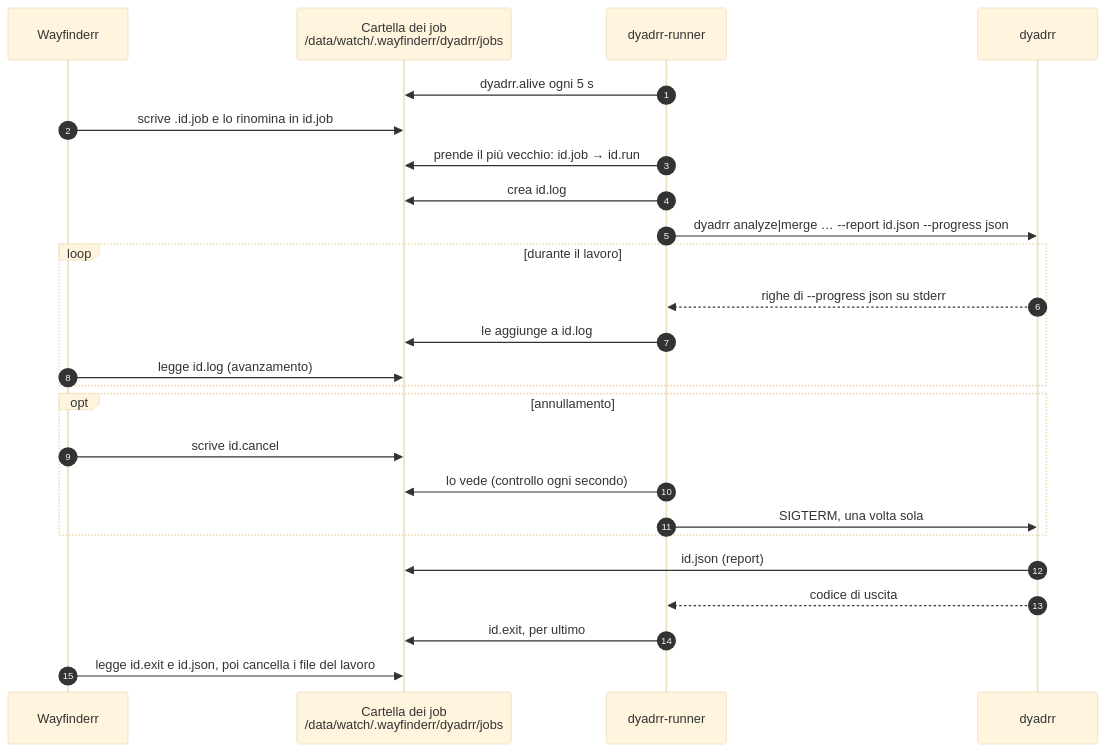
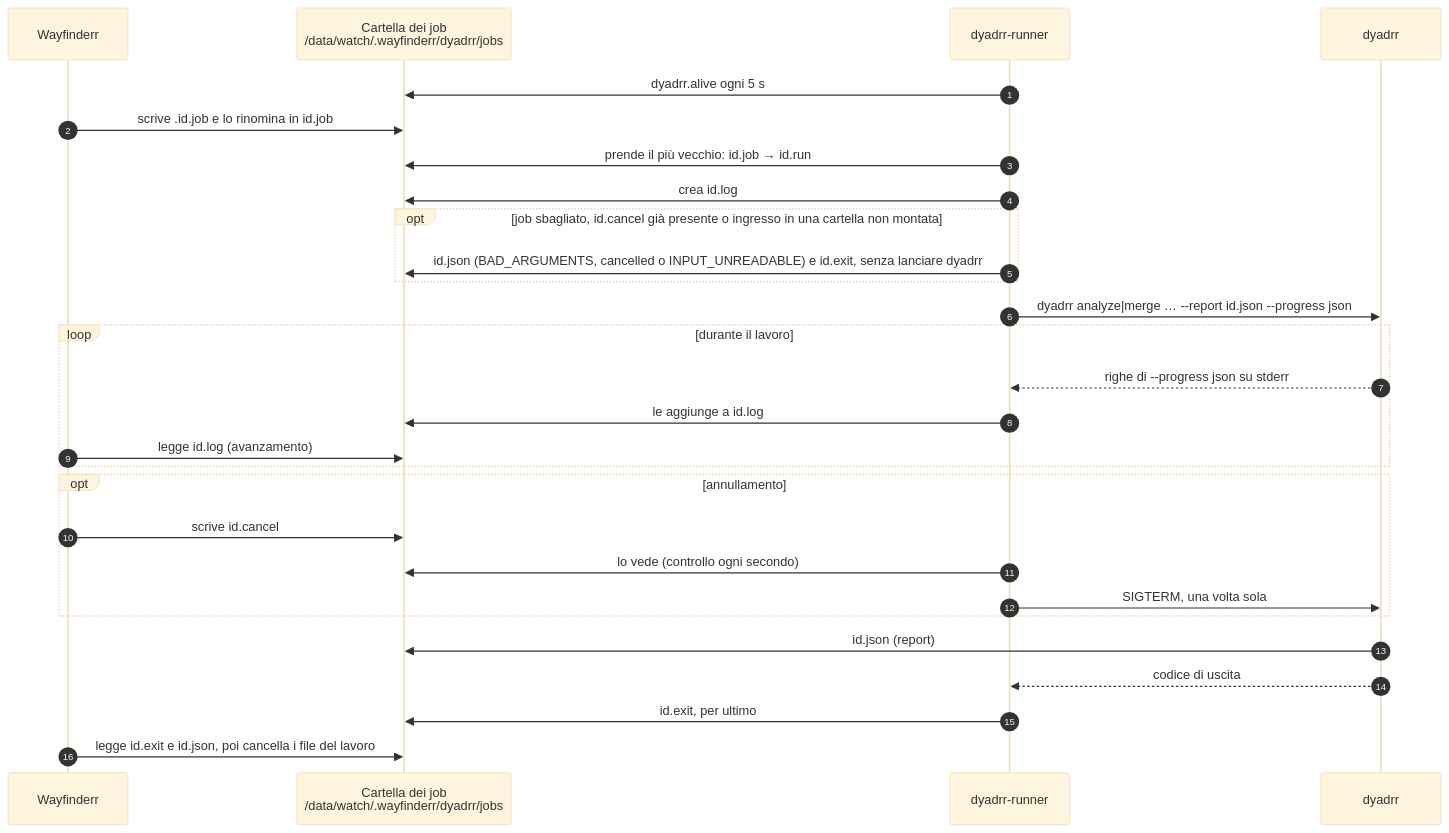
The diagram in docs/diagrams/wayfinderr.mmd (TehMaat/dyadrr), drawn with Mermaid (base theme) before and after one commit. The commit also changed 12 other files, not shown here.

```diff
--- a/docs/diagrams/wayfinderr.mmd
+++ b/docs/diagrams/wayfinderr.mmd
@@ -1,26 +1,29 @@
 %% Un lavoro tra Wayfinderr e il runner (CONTAINER.md, studio §14.1).
 sequenceDiagram
   autonumber
   participant W as Wayfinderr
   participant J as Cartella dei job<br/>/data/watch/.wayfinderr/dyadrr/jobs
   participant R as dyadrr-runner
   participant D as dyadrr
   R->>J: dyadrr.alive ogni 5 s
   W->>J: scrive .id.job e lo rinomina in id.job
   R->>J: prende il più vecchio: id.job → id.run
   R->>J: crea id.log
+  opt job sbagliato, id.cancel già presente o ingresso in una cartella non montata
+    R->>J: id.json (BAD_ARGUMENTS, cancelled o INPUT_UNREADABLE) e id.exit, senza lanciare dyadrr
+  end
   R->>D: dyadrr analyze|merge … --report id.json --progress json
   loop durante il lavoro
     D-->>R: righe di --progress json su stderr
     R->>J: le aggiunge a id.log
     W->>J: legge id.log (avanzamento)
   end
   opt annullamento
     W->>J: scrive id.cancel
     R->>J: lo vede (controllo ogni secondo)
     R->>D: SIGTERM, una volta sola
   end
   D->>J: id.json (report)
   D-->>R: codice di uscita
   R->>J: id.exit, per ultimo
   W->>J: legge id.exit e id.json, poi cancella i file del lavoro
```
